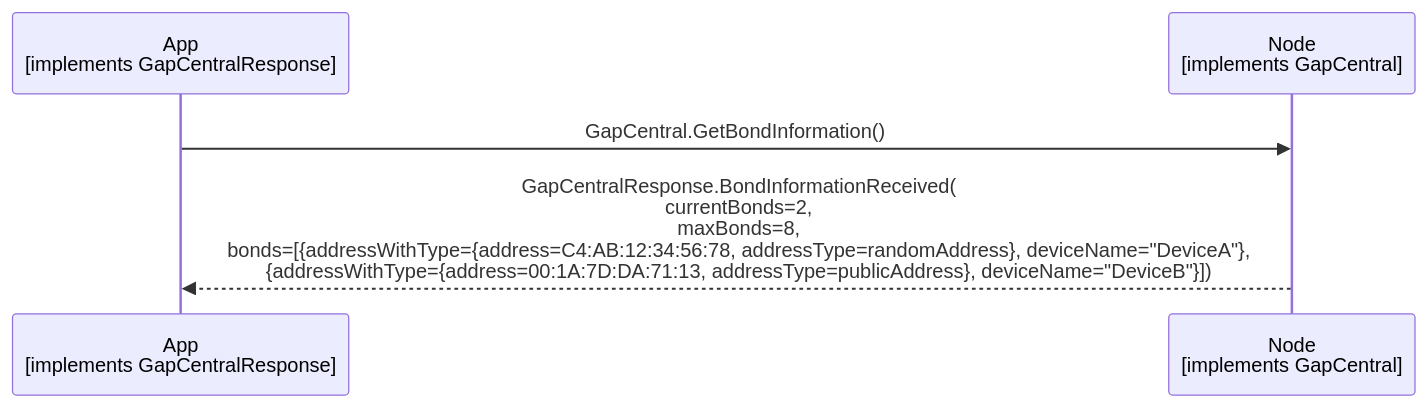
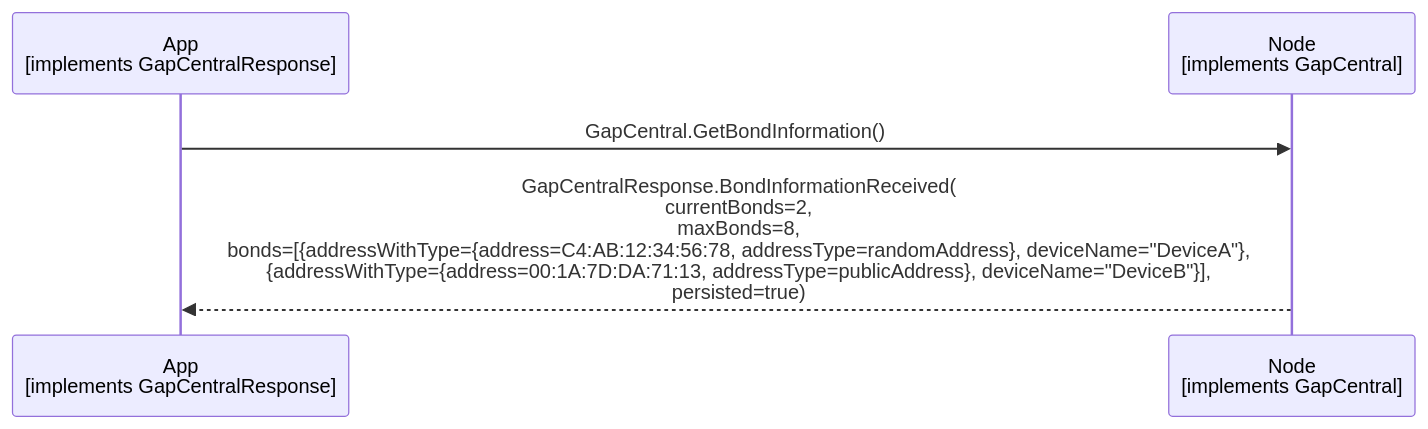
One commit to philips-software/amp-embedded-infra-lib changed the diagram in documents/modules/ROOT/partials/echoservices/gap_central/GapCentral_GetBondInformation_sequence.mmd. Above: the diagram before and after it, drawn with Mermaid. The commit also changed 5 other files, not shown here.

First line of the commit message:
feat(echo): add BondInformation::persisted flag to Gap services (#1365)

```diff
--- a/documents/modules/ROOT/partials/echoservices/gap_central/GapCentral_GetBondInformation_sequence.mmd
+++ b/documents/modules/ROOT/partials/echoservices/gap_central/GapCentral_GetBondInformation_sequence.mmd
@@ -1,6 +1,6 @@
 sequenceDiagram
     participant App as App<br>[implements GapCentralResponse]
     participant Node as Node<br>[implements GapCentral]
 
     App->>Node: GapCentral.GetBondInformation()
-    Node-->>App: GapCentralResponse.BondInformationReceived(<br>currentBonds=2,<br>maxBonds=8,<br>bonds=[{addressWithType={address=C4:AB:12:34:56:78, addressType=randomAddress}, deviceName="DeviceA"},<br>{addressWithType={address=00:1A:7D:DA:71:13, addressType=publicAddress}, deviceName="DeviceB"}])
+    Node-->>App: GapCentralResponse.BondInformationReceived(<br>currentBonds=2,<br>maxBonds=8,<br>bonds=[{addressWithType={address=C4:AB:12:34:56:78, addressType=randomAddress}, deviceName="DeviceA"},<br>{addressWithType={address=00:1A:7D:DA:71:13, addressType=publicAddress}, deviceName="DeviceB"}],<br>persisted=true)
```
